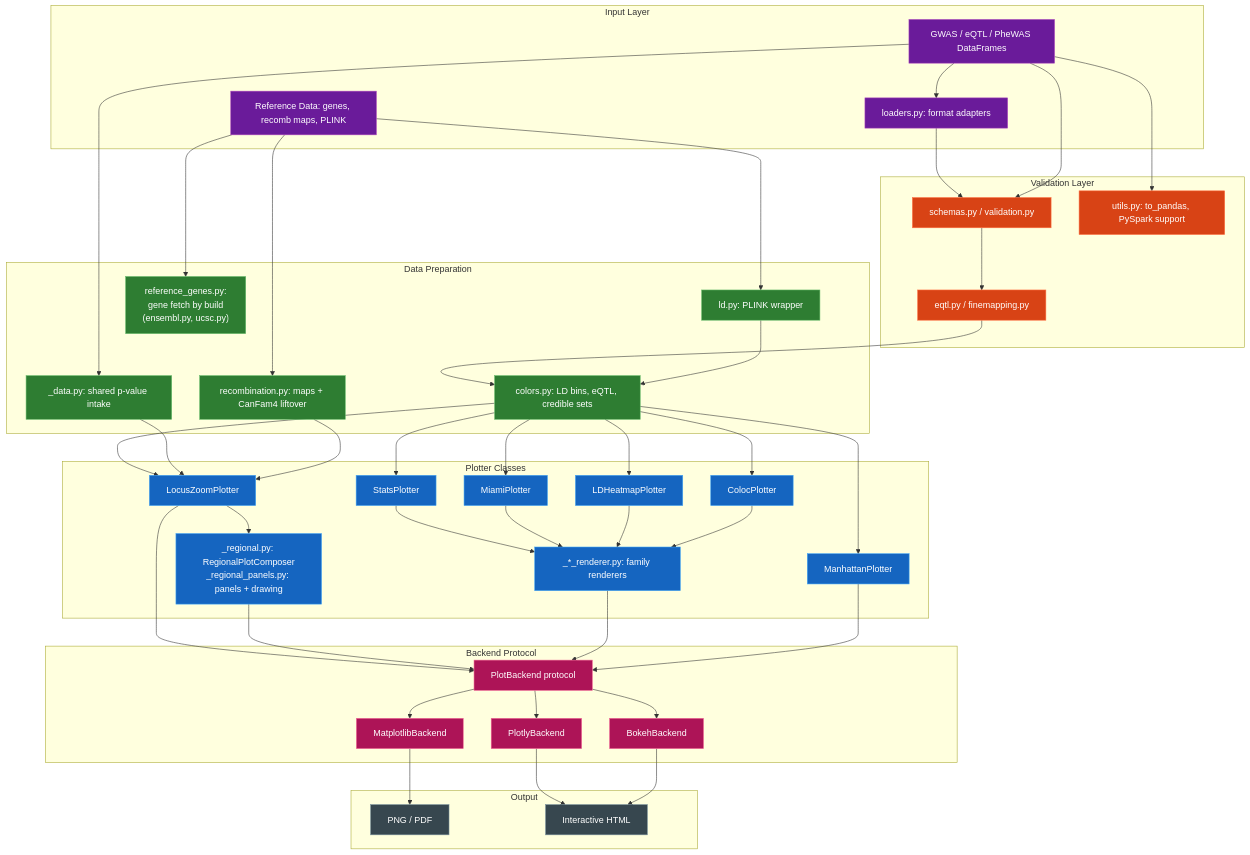
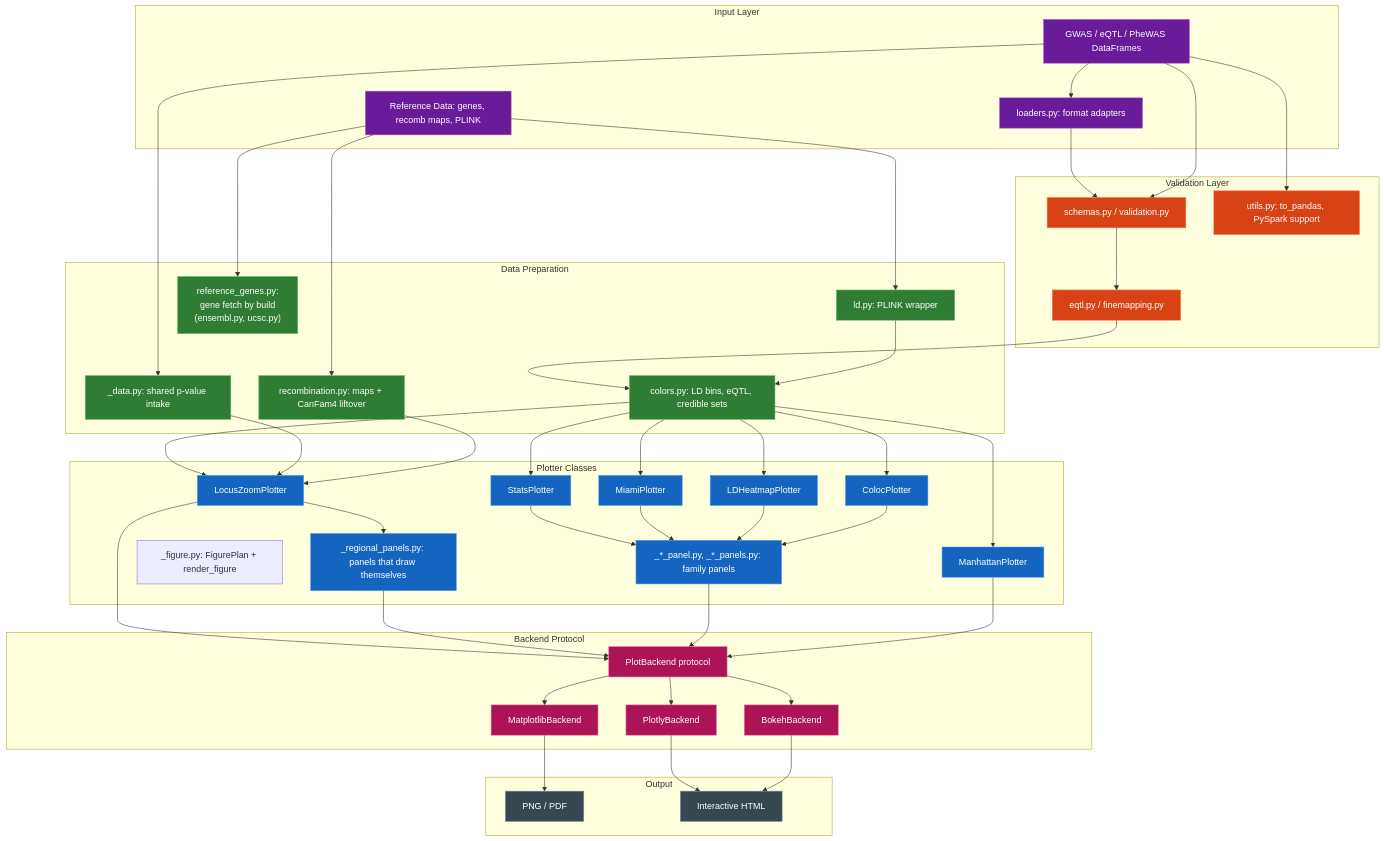
One commit to michael-denyer/pyLocusZoom changed the diagram in docs/ARCHITECTURE.md. Above: the diagram before and after it, drawn with Mermaid. The commit also changed other lines of this file and 41 other files, not shown here.

First line of the commit message:
refactor: one FigurePlan and one render_figure for every plot family (#64)

```diff
--- a/docs/ARCHITECTURE.md
+++ b/docs/ARCHITECTURE.md
@@ -40,8 +40,9 @@
 
     subgraph Plotters["Plotter Classes"]
         LZ[LocusZoomPlotter]
-        REGIONAL["_regional.py: RegionalPlotComposer<br/>_regional_panels.py: panels + drawing"]
-        FAMILIES[_*_renderer.py: family renderers]
+        REGIONAL["_regional_panels.py: panels that draw themselves"]
+        FIGURE["_figure.py: FigurePlan + render_figure"]
+        FAMILIES[_*_panel.py, _*_panels.py: family panels]
         MP[ManhattanPlotter]
         SP[StatsPlotter]
         MIAMI[MiamiPlotter]
```
